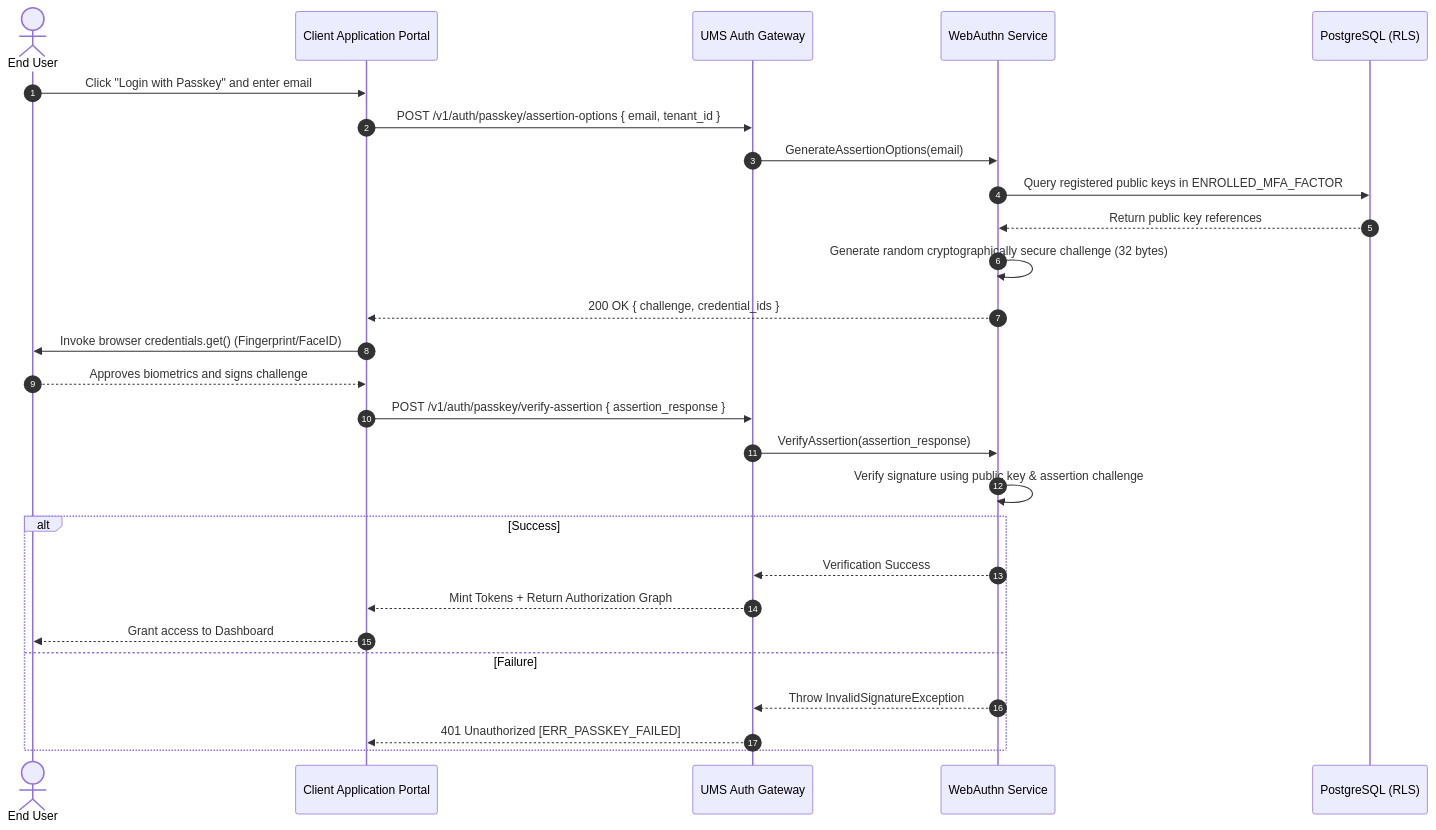
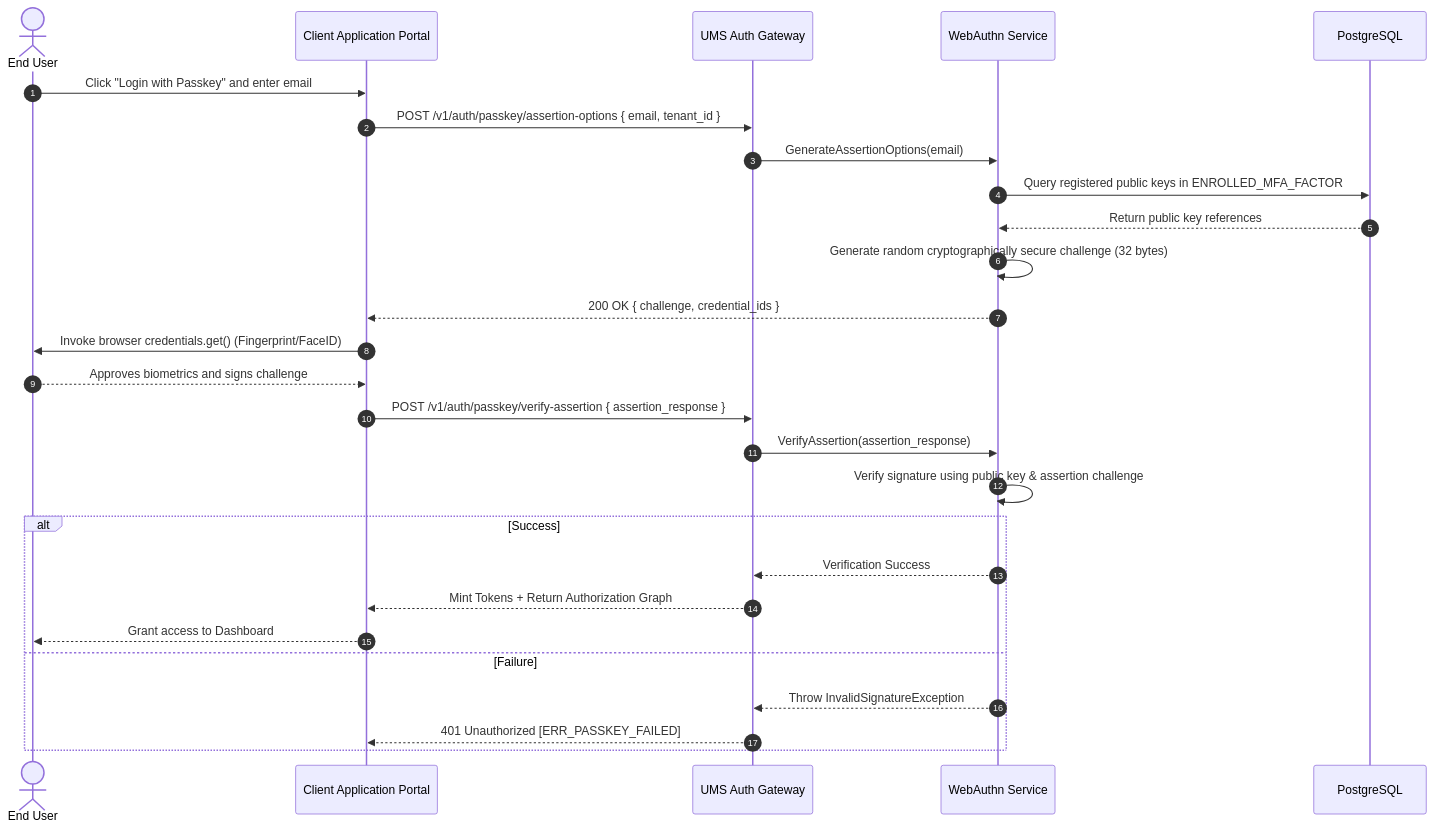
The second of 2 diagrams in src/ums-workspace/docs/en/01-requirements/usecases/uc-11-mfa-passwordless-adaptive-auth.md (beyondnetcode/ums), drawn with Mermaid before and after one commit. The commit also changed other lines of this file and 5 other files, not shown here.

````diff
--- a/src/ums-workspace/docs/en/01-requirements/usecases/uc-11-mfa-passwordless-adaptive-auth.md
+++ b/src/ums-workspace/docs/en/01-requirements/usecases/uc-11-mfa-passwordless-adaptive-auth.md
@@ -61,30 +61,30 @@
 ```mermaid
 sequenceDiagram
     autonumber
     actor User as End User
     participant Portal as Client Application Portal
     participant Gateway as UMS Auth Gateway
     participant WebAuthn as WebAuthn Service
-    participant DB as PostgreSQL (RLS)
+    participant DB as PostgreSQL
 
     User->>Portal: Click "Login with Passkey" and enter email
     Portal->>Gateway: POST /v1/auth/passkey/assertion-options { email, tenant_id }
     Gateway->>WebAuthn: GenerateAssertionOptions(email)
     WebAuthn->>DB: Query registered public keys in ENROLLED_MFA_FACTOR
     DB-->>WebAuthn: Return public key references
     WebAuthn->>WebAuthn: Generate random cryptographically secure challenge (32 bytes)
     WebAuthn-->>Portal: 200 OK { challenge, credential_ids }
     Portal->>User: Invoke browser credentials.get() (Fingerprint/FaceID)
     User-->>Portal: Approves biometrics and signs challenge
     Portal->>Gateway: POST /v1/auth/passkey/verify-assertion { assertion_response }
     Gateway->>WebAuthn: VerifyAssertion(assertion_response)
     WebAuthn->>WebAuthn: Verify signature using public key & assertion challenge
     alt Success
         WebAuthn-->>Gateway: Verification Success
         Gateway-->>Portal: Mint Tokens + Return Authorization Graph
         Portal-->>User: Grant access to Dashboard
     else Failure
         WebAuthn-->>Gateway: Throw InvalidSignatureException
         Gateway-->>Portal: 401 Unauthorized [ERR_PASSKEY_FAILED]
     end
 ```
````
